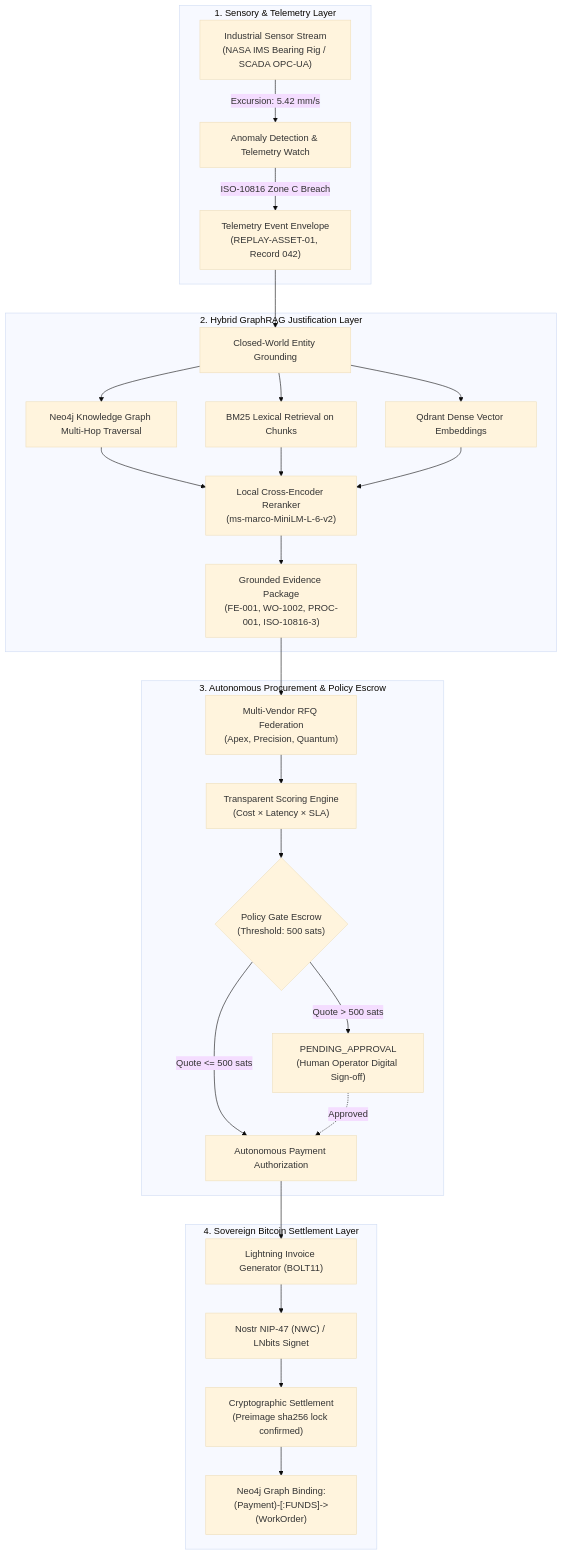
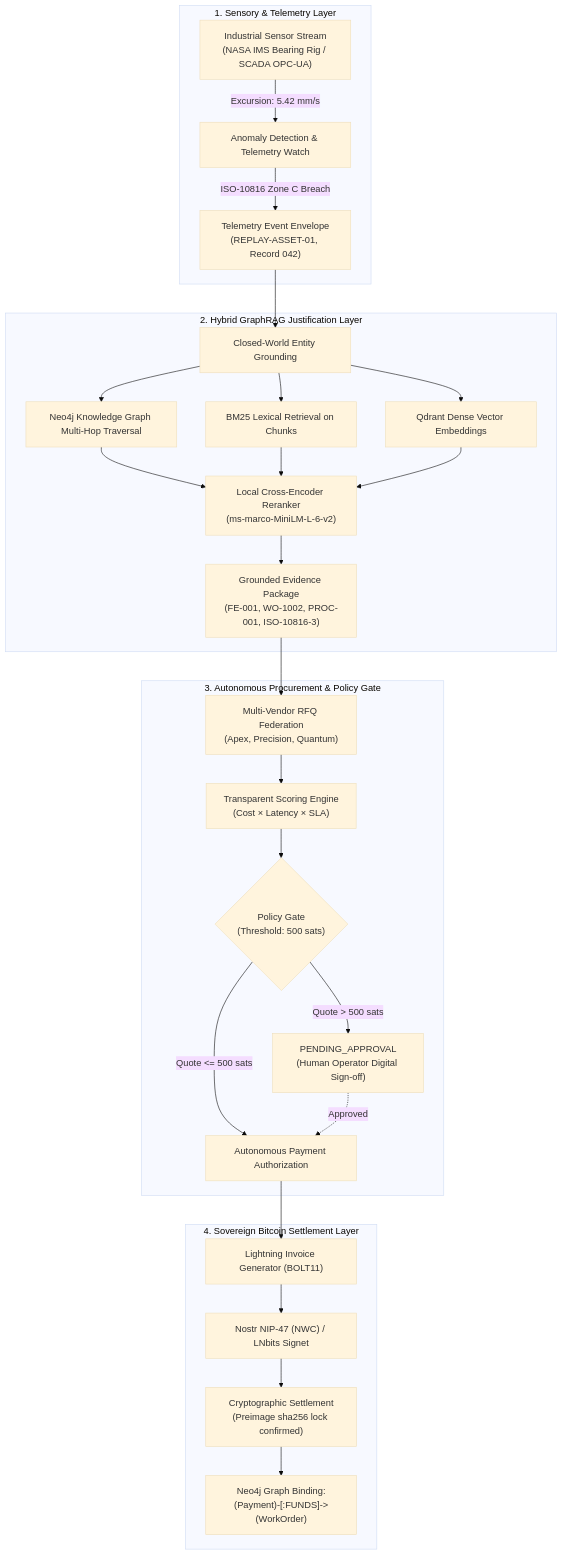
Before and after one commit to Niss54/paypal: the first of 3 diagrams in ARCHITECTURE.md, drawn with Mermaid (base theme). The commit also changed other lines of this file and 26 other files, not shown here.

````diff
--- a/ARCHITECTURE.md
+++ b/ARCHITECTURE.md
@@ -16,33 +16,33 @@
 ```mermaid
 flowchart TD
     subgraph SENSORY["1. Sensory & Telemetry Layer"]
         A["Industrial Sensor Stream<br/>(NASA IMS Bearing Rig / SCADA OPC-UA)"] -->|Excursion: 5.42 mm/s| B["Anomaly Detection & Telemetry Watch"]
         B -->|ISO-10816 Zone C Breach| C["Telemetry Event Envelope<br/>(REPLAY-ASSET-01, Record 042)"]
     end
 
     subgraph REASONING["2. Hybrid GraphRAG Justification Layer"]
         C --> D["Closed-World Entity Grounding"]
         D --> E["Neo4j Knowledge Graph Multi-Hop Traversal"]
         D --> F["BM25 Lexical Retrieval on Chunks"]
         D --> G["Qdrant Dense Vector Embeddings"]
         E & F & G --> H["Local Cross-Encoder Reranker<br/>(ms-marco-MiniLM-L-6-v2)"]
         H --> I["Grounded Evidence Package<br/>(FE-001, WO-1002, PROC-001, ISO-10816-3)"]
     end
 
-    subgraph PROCUREMENT["3. Autonomous Procurement & Policy Escrow"]
+    subgraph PROCUREMENT["3. Autonomous Procurement & Policy Gate"]
         I --> J["Multi-Vendor RFQ Federation<br/>(Apex, Precision, Quantum)"]
         J --> K["Transparent Scoring Engine<br/>(Cost × Latency × SLA)"]
-        K --> L{"Policy Gate Escrow<br/>(Threshold: 500 sats)"}
+        K --> L{"Policy Gate<br/>(Threshold: 500 sats)"}
         L -->|Quote <= 500 sats| M["Autonomous Payment Authorization"]
         L -->|Quote > 500 sats| N["PENDING_APPROVAL<br/>(Human Operator Digital Sign-off)"]
     end
 
     subgraph SETTLEMENT["4. Sovereign Bitcoin Settlement Layer"]
         M --> O["Lightning Invoice Generator (BOLT11)"]
         O --> P["Nostr NIP-47 (NWC) / LNbits Signet"]
         P --> Q["Cryptographic Settlement<br/>(Preimage sha256 lock confirmed)"]
         Q --> R["Neo4j Graph Binding:<br/>(Payment)-[:FUNDS]->(WorkOrder)"]
     end
 
     N -.->|Approved| M
 ```
````
